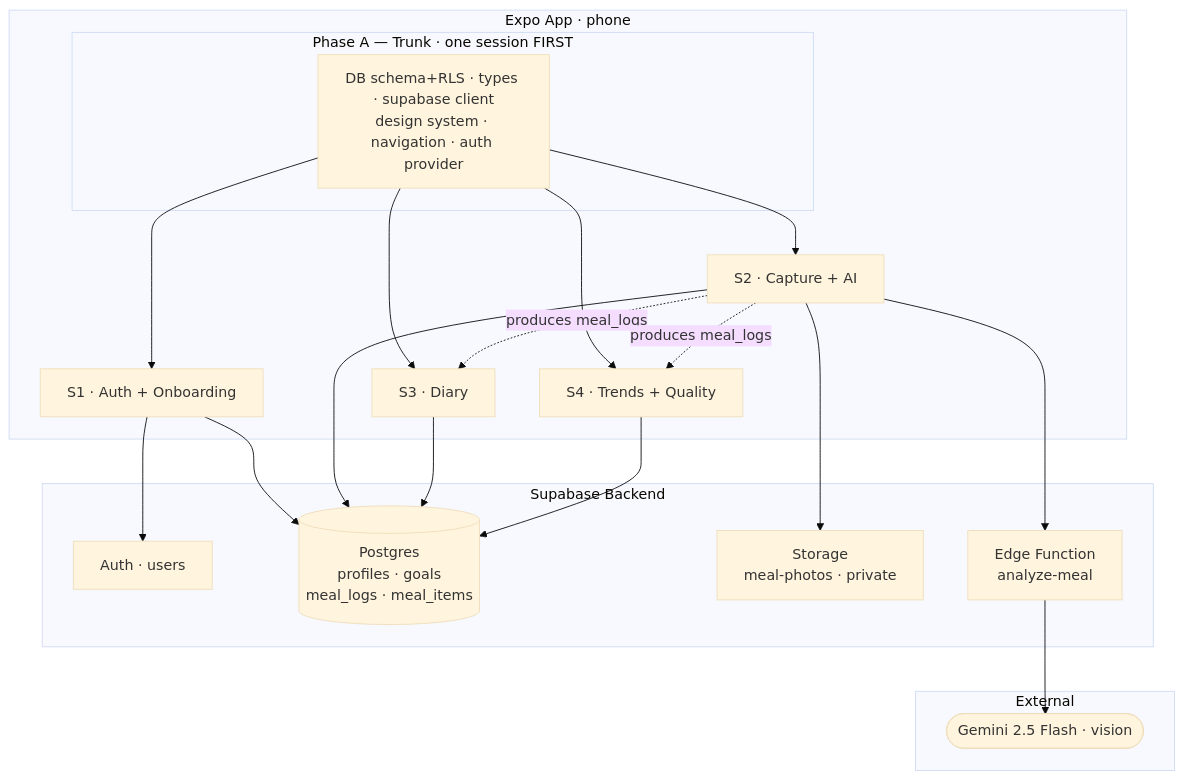
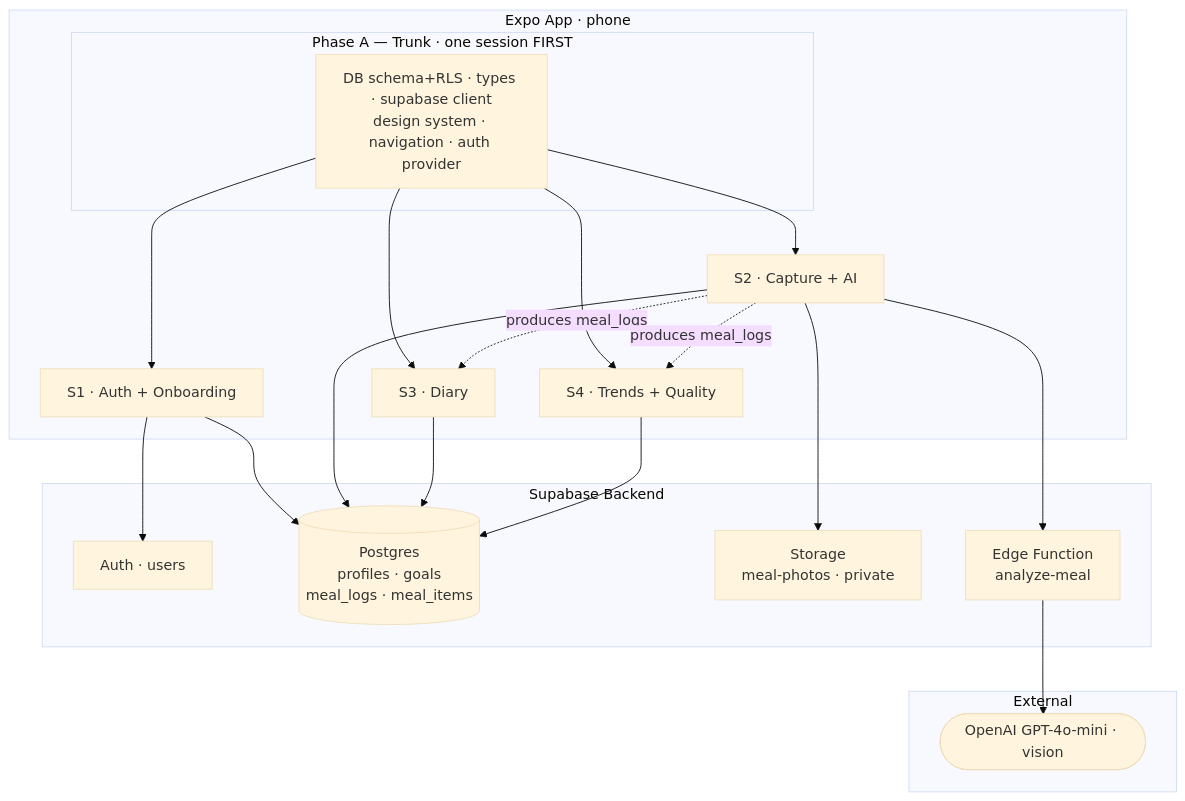
The first of 2 diagrams in docs/ARCHITECTURE.md (RohamAbootorabian/calorie-count), drawn with Mermaid (base theme) before and after one commit. The commit also changed other lines of this file and 8 other files, not shown here.

First line of the commit message:
Docs: reconcile AI-provider references with the code (OpenAI gpt-4o-mini)

````diff
--- a/docs/ARCHITECTURE.md
+++ b/docs/ARCHITECTURE.md
@@ -8,38 +8,38 @@
 ```mermaid
 graph TD
   subgraph EXT[External]
-    G([Gemini 2.5 Flash · vision])
+    G([OpenAI GPT-4o-mini · vision])
   end
 
   subgraph BE[Supabase Backend]
     AUTH[Auth · users]
     DB[(Postgres<br/>profiles · goals<br/>meal_logs · meal_items)]
     ST[Storage<br/>meal-photos · private]
     EF[Edge Function<br/>analyze-meal]
   end
 
   subgraph APP[Expo App · phone]
     subgraph TRUNK[Phase A — Trunk · one session FIRST]
       T[DB schema+RLS · types · supabase client<br/>design system · navigation · auth provider]
     end
     S1[S1 · Auth + Onboarding]
     S2[S2 · Capture + AI]
     S3[S3 · Diary]
     S4[S4 · Trends + Quality]
   end
 
   EF --> G
   S2 --> EF
   S1 --> AUTH
   S2 --> ST
   S1 --> DB
   S2 --> DB
   S3 --> DB
   S4 --> DB
   T --> S1
   T --> S2
   T --> S3
   T --> S4
   S2 -. "produces meal_logs" .-> S3
   S2 -. "produces meal_logs" .-> S4
 ```
````
